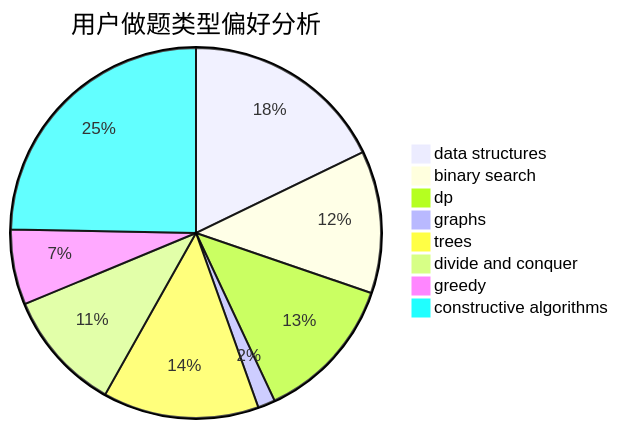
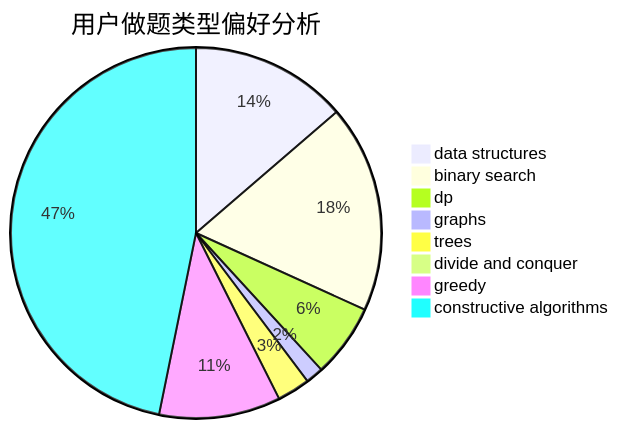
The second of 3 diagrams in docs/user/u48.md (sherpahu/cfrs.github.io), drawn with Mermaid before and after one commit. The commit also changed other lines of this file and 2770 other files, not shown here.

````diff
--- a/docs/user/u48.md
+++ b/docs/user/u48.md
@@ -23,11 +23,11 @@
 ```mermaid
 pie title 用户做题类型偏好分析
-    "data structures" :  106
-    "binary search" :  74
-    "dp" :  76
-    "graphs" :  9
-    "trees" :  81
-    "divide and conquer" :  63
-    "greedy" :  39
-    "constructive algorithms" :  147
+    "data structures" :  62
+    "binary search" :  82
+    "dp" :  29
+    "graphs" :  7
+    "trees" :  13
+    "divide and conquer" :  0
+    "greedy" :  48
+    "constructive algorithms" :  212
 ```
````
